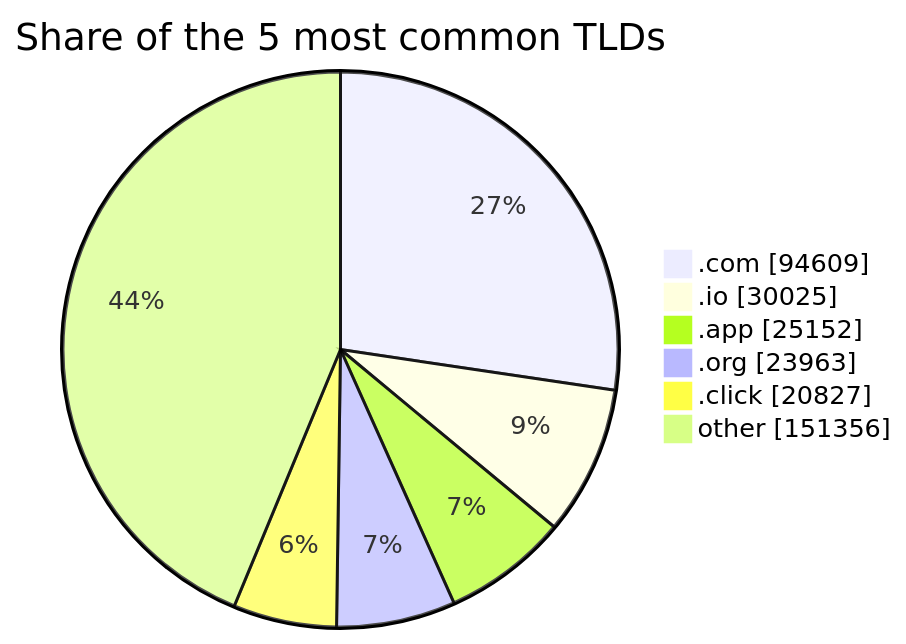
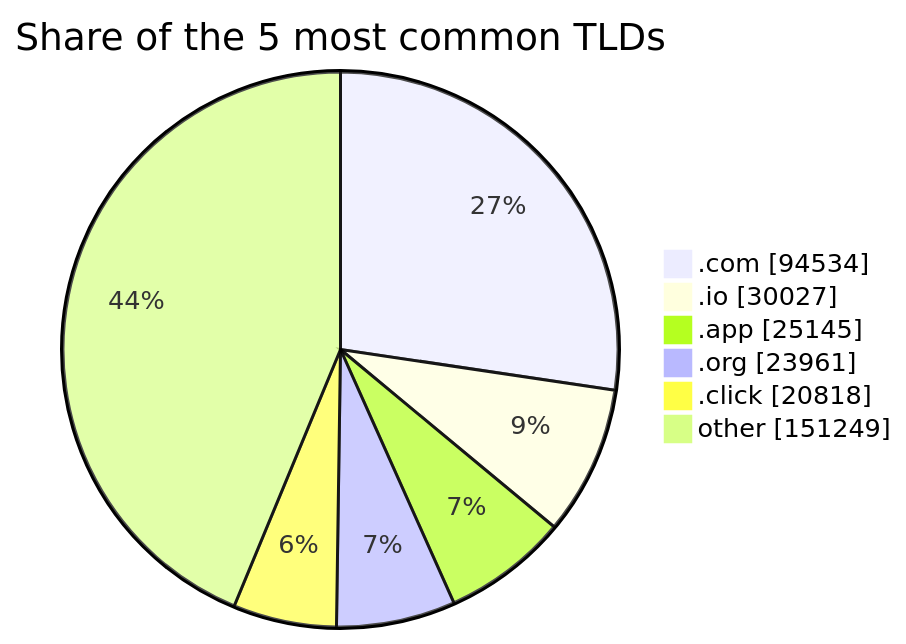
One commit to DNSBunker/CTI changed the third of 3 diagrams in README.md. Above: the diagram before and after it, drawn with Mermaid. The commit also changed other lines of this file and 3 other files, not shown here.

````diff
--- a/README.md
+++ b/README.md
@@ -81,9 +81,9 @@
 ```mermaid
 pie showData title Share of the 5 most common TLDs
-    ".com" : 94609
-    ".io" : 30025
-    ".app" : 25152
-    ".org" : 23963
-    ".click" : 20827
-    "other" : 151356
+    ".com" : 94534
+    ".io" : 30027
+    ".app" : 25145
+    ".org" : 23961
+    ".click" : 20818
+    "other" : 151249
 ```
````
